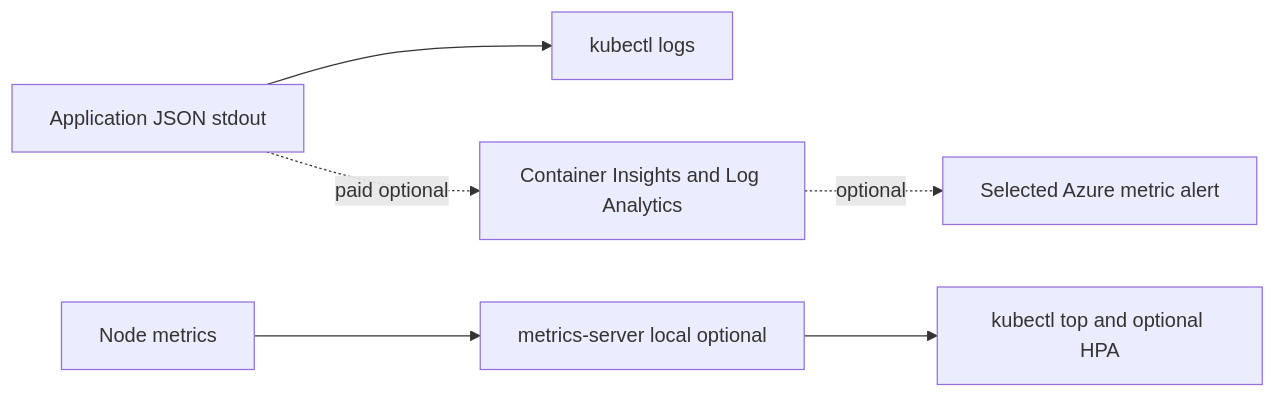
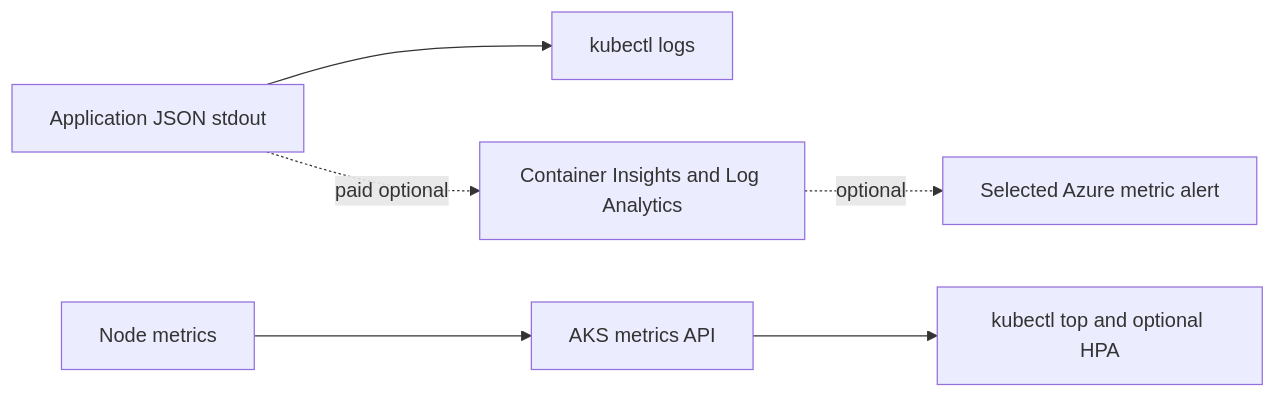
Before and after one commit to shakeer7/ado-tf: diagram 12 of 14 in docs/architecture.md, drawn with Mermaid. The commit also changed other lines of this file and 47 other files, not shown here.

Commit message:
Remove local deployment support and target Azure AKS only

````diff
--- a/docs/architecture.md
+++ b/docs/architecture.md
@@ -172,8 +172,8 @@
 ```mermaid
 flowchart LR
   P[Application JSON stdout] --> KL[kubectl logs]
-  N[Node metrics] --> MS[metrics-server local optional]
+  N[Node metrics] --> MS[AKS metrics API]
   MS --> TOP[kubectl top and optional HPA]
   P -. paid optional .-> LA[Container Insights and Log Analytics]
   LA -. optional .-> AL[Selected Azure metric alert]
 ```
````
